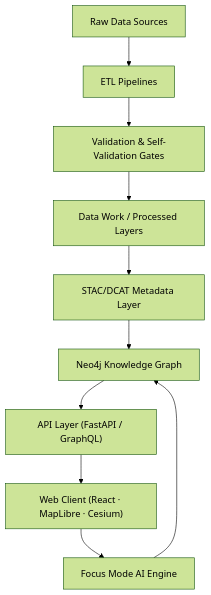
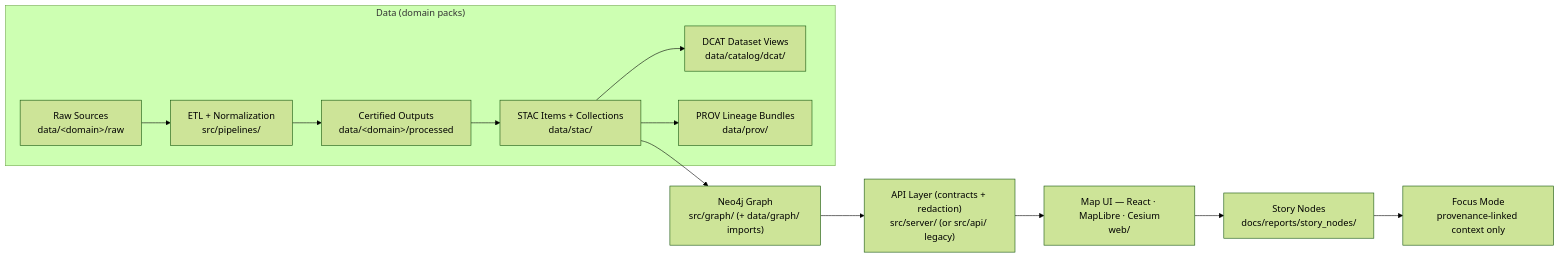
One commit to bartytime4life/Kansas-Frontier-Matrix changed the first of 2 diagrams in docs/MASTER_GUIDE_v10.md. Above: the diagram before and after it, drawn with Mermaid (forest theme). The commit also changed other lines of this file, not shown here.

```diff
--- a/docs/MASTER_GUIDE_v10.md
+++ b/docs/MASTER_GUIDE_v10.md
@@ -107,12 +246,16 @@
-~~~~~mermaid
-flowchart TD
-  A["Raw Data Sources"] --> B["ETL Pipelines"]
-  B --> C["Validation & Self-Validation Gates"]
-  C --> D["Data Work / Processed Layers"]
-  D --> E["STAC/DCAT Metadata Layer"]
-  E --> F["Neo4j Knowledge Graph"]
-  F --> G["API Layer (FastAPI / GraphQL)"]
-  G --> H["Web Client (React · MapLibre · Cesium)"]
-  H --> I["Focus Mode AI Engine"]
-  I --> F
-~~~~~
+~~~mermaid
+flowchart LR
+  subgraph Data["Data (domain packs)"]
+    A["Raw Sources<br/>data/&lt;domain&gt;/raw"] --> B["ETL + Normalization<br/>src/pipelines/"]
+    B --> C["Certified Outputs<br/>data/&lt;domain&gt;/processed"]
+    C --> S["STAC Items + Collections<br/>data/stac/"]
+    S --> D["DCAT Dataset Views<br/>data/catalog/dcat/"]
+    S --> P["PROV Lineage Bundles<br/>data/prov/"]
+  end
+
+  S --> G["Neo4j Graph<br/>src/graph/ (+ data/graph/ imports)"]
+  G --> H["API Layer (contracts + redaction)<br/>src/server/ (or src/api/ legacy)"]
+  H --> I["Map UI — React · MapLibre · Cesium<br/>web/"]
+  I --> J["Story Nodes<br/>docs/reports/story_nodes/"]
+  J --> K["Focus Mode<br/>provenance-linked context only"]
+~~~
```
